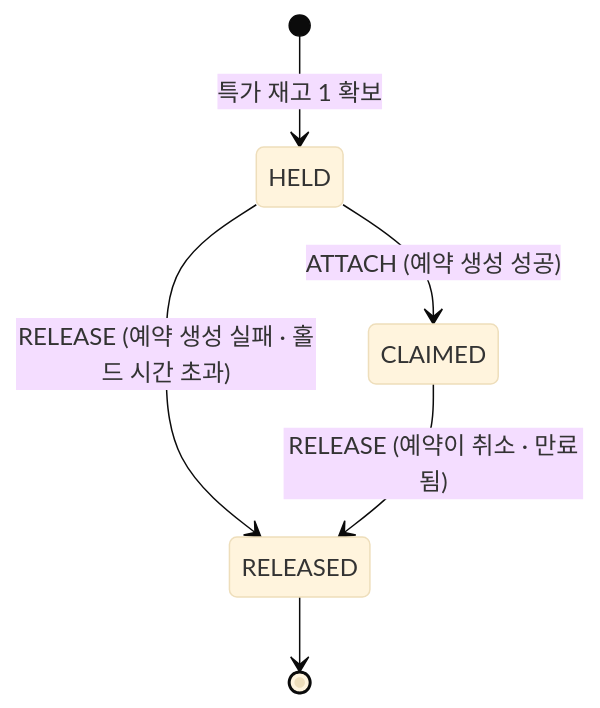
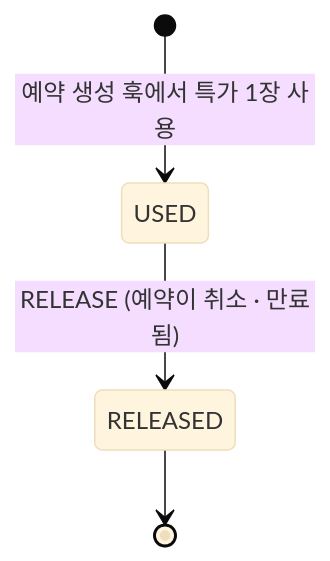
Before and after one commit to Diocto/pms: the second of 5 diagrams in docs/spec/F02-선착순-프로모션.md, drawn with Mermaid (base theme). The commit also changed other lines of this file and 1 other file, not shown here.

````diff
--- a/docs/spec/F02-선착순-프로모션.md
+++ b/docs/spec/F02-선착순-프로모션.md
@@ -163,8 +184,6 @@
 ```mermaid
 stateDiagram-v2
-    [*] --> HELD : 특가 재고 1 확보
-    HELD --> CLAIMED : ATTACH (예약 생성 성공)
-    HELD --> RELEASED : RELEASE (예약 생성 실패 · 홀드 시간 초과)
-    CLAIMED --> RELEASED : RELEASE (예약이 취소 · 만료됨)
+    [*] --> USED : 예약 생성 훅에서 특가 1장 사용
+    USED --> RELEASED : RELEASE (예약이 취소 · 만료됨)
     RELEASED --> [*]
 ```
````
